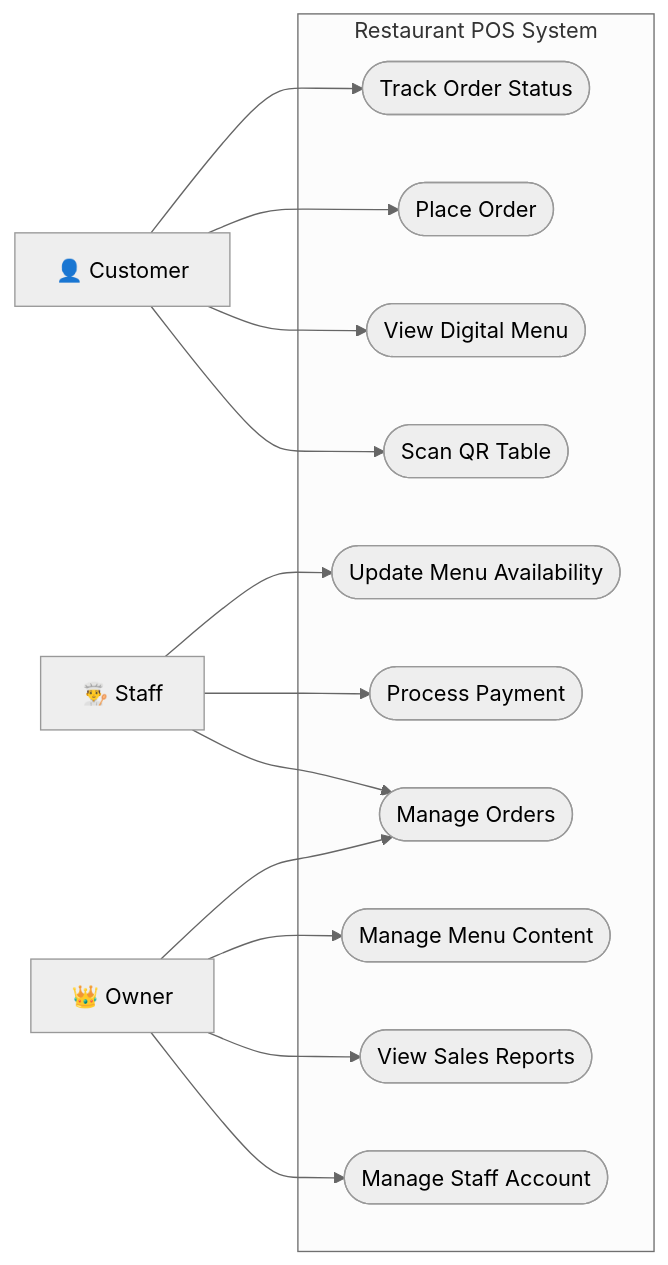
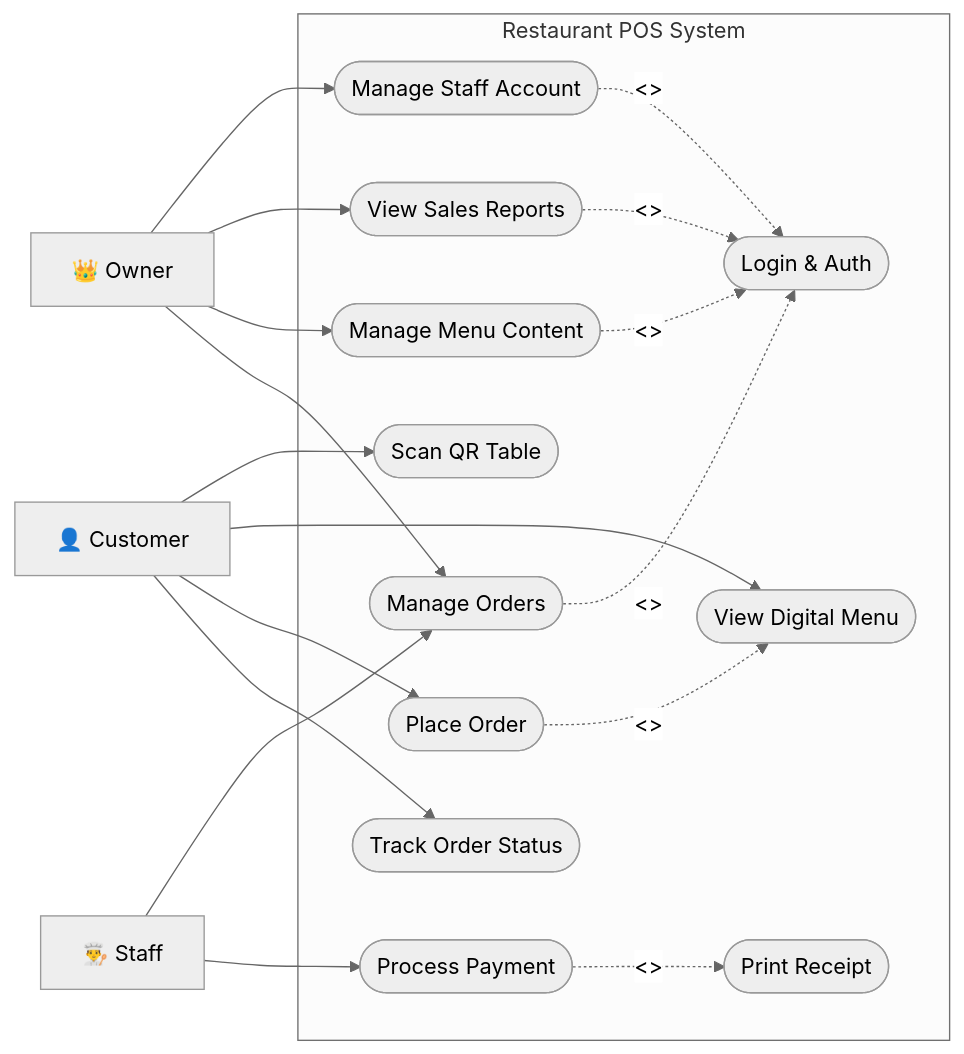
The first of 13 diagrams in README.md (ArgaFd/backend_restaurant), drawn with Mermaid (neutral theme) before and after one commit. The commit also changed other lines of this file, not shown here.

Commit message:
Docs: Enhance Use Case diagram with include and extend relationships

````diff
--- a/README.md
+++ b/README.md
@@ -23,33 +23,46 @@
 ```mermaid
 graph LR
     subgraph "Restaurant POS System"
+        UC_Login([Login & Auth])
+        
         UC1([Scan QR Table])
         UC2([View Digital Menu])
         UC3([Place Order])
         UC4([Track Order Status])
+        
         UC5([Manage Orders])
         UC6([Process Payment])
-        UC7([Update Menu Availability])
+        UC_Print([Print Receipt])
+        
         UC8([Manage Staff Account])
         UC9([View Sales Reports])
         UC10([Manage Menu Content])
     end
 
     C["👤 Customer"]
     S["👨‍🍳 Staff"]
     O["👑 Owner"]
 
+    %% Direct Associations
     C --> UC1
     C --> UC2
     C --> UC3
     C --> UC4
 
     S --> UC5
     S --> UC6
-    S --> UC7
-
+    
     O --> UC8
     O --> UC9
     O --> UC10
     O --> UC5
+
+    %% Include & Extend Relationships
+    UC5 -. "<<include>>" .-> UC_Login
+    UC8 -. "<<include>>" .-> UC_Login
+    UC9 -. "<<include>>" .-> UC_Login
+    UC10 -. "<<include>>" .-> UC_Login
+    
+    UC6 -. "<<extend>>" .-> UC_Print
+    UC3 -. "<<include>>" .-> UC2
 ```
````
